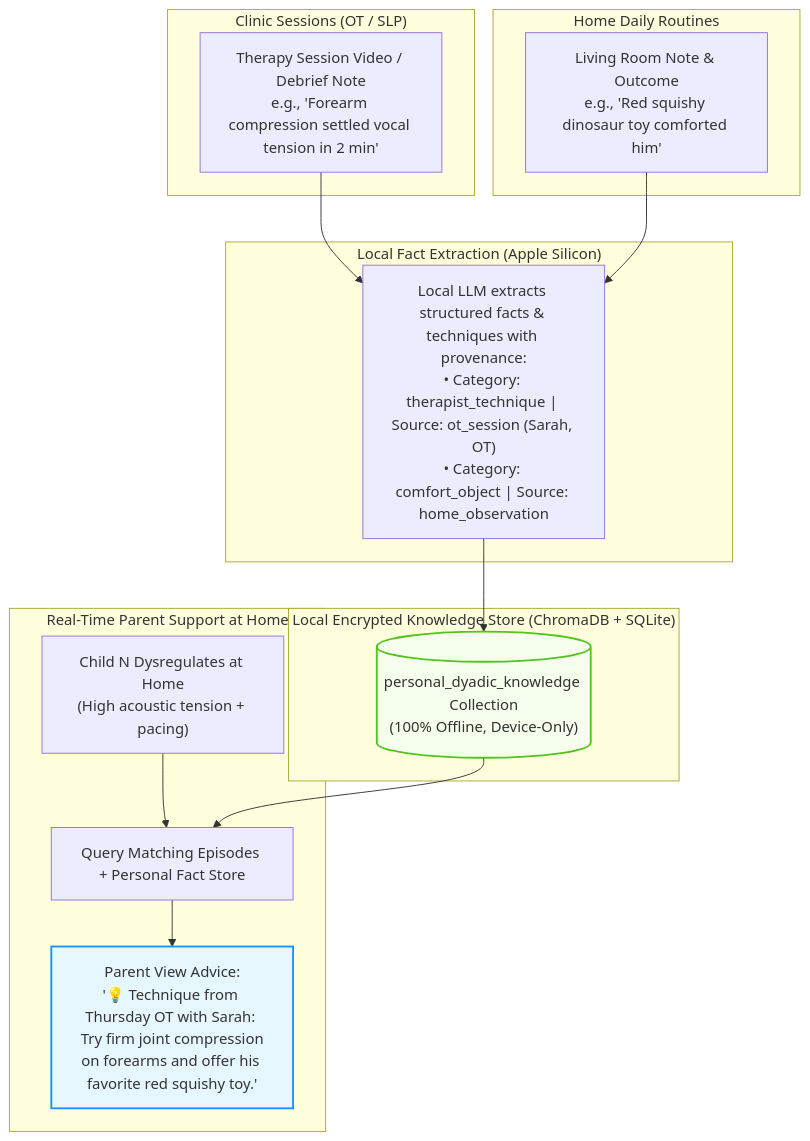
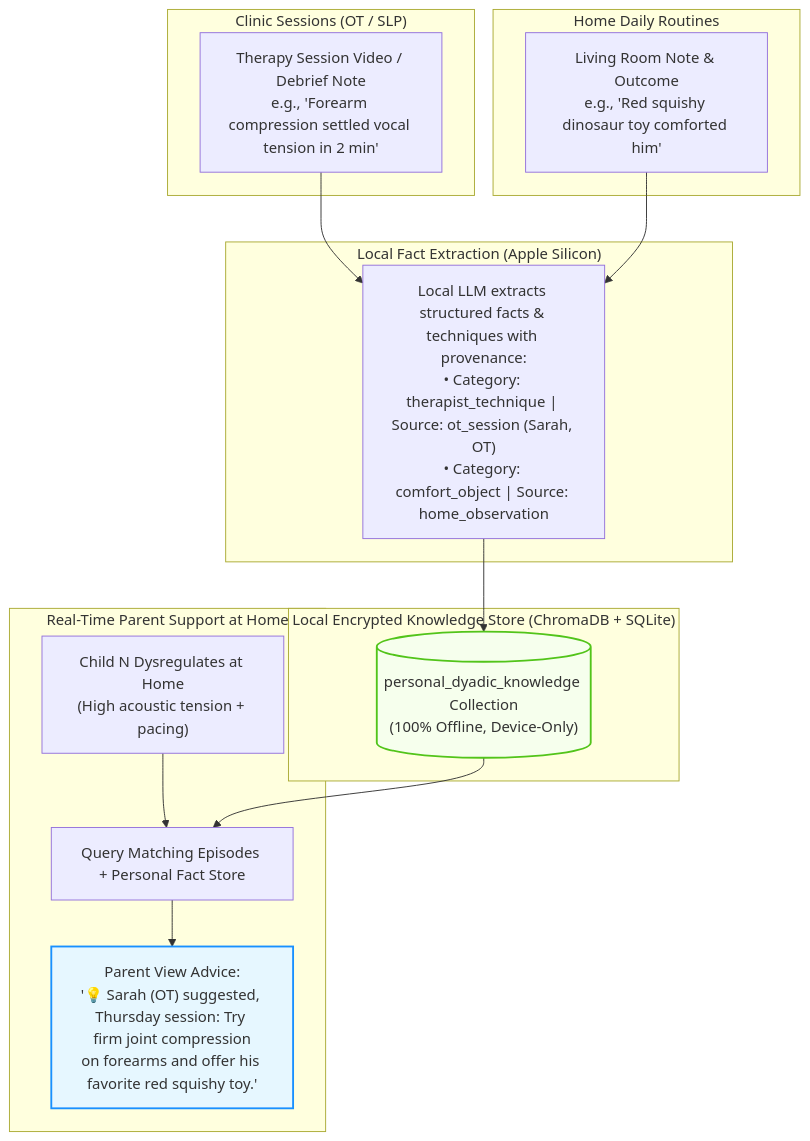
One commit to olostan/project_n changed the seventh of 8 diagrams in DESIGN.md. Above: the diagram before and after it, drawn with Mermaid. The commit also changed other lines of this file and 9 other files, not shown here.

````diff
--- a/DESIGN.md
+++ b/DESIGN.md
@@ -267,30 +267,30 @@
 ```mermaid
 graph TD
     subgraph ClinicInput ["Clinic Sessions (OT / SLP)"]
         OT_Clip["Therapy Session Video / Debrief Note<br/>e.g., 'Forearm compression settled vocal tension in 2 min'"]
     end
 
     subgraph HomeInput ["Home Daily Routines"]
         Parent_Clip["Living Room Note & Outcome<br/>e.g., 'Red squishy dinosaur toy comforted him'"]
     end
 
     subgraph Extraction ["Local Fact Extraction (Apple Silicon)"]
         Extract["Local LLM extracts structured facts & techniques with provenance:<br/>• Category: therapist_technique | Source: ot_session (Sarah, OT)<br/>• Category: comfort_object | Source: home_observation"]
     end
 
     subgraph Vault ["Local Encrypted Knowledge Store (ChromaDB + SQLite)"]
         Store[("personal_dyadic_knowledge Collection<br/>(100% Offline, Device-Only)")]
     end
 
     subgraph LivingRoomDelivery ["Real-Time Parent Support at Home"]
         NewEpisode["Child N Dysregulates at Home<br/>(High acoustic tension + pacing)"] --> QueryEngine["Query Matching Episodes + Personal Fact Store"]
         Store --> QueryEngine
-        QueryEngine --> ParentCard["Parent View Advice:<br/>'💡 Technique from Thursday OT with Sarah: Try firm joint compression<br/>on forearms and offer his favorite red squishy toy.'"]
+        QueryEngine --> ParentCard["Parent View Advice:<br/>'💡 Sarah (OT) suggested, Thursday session: Try firm joint compression<br/>on forearms and offer his favorite red squishy toy.'"]
     end
 
     OT_Clip & Parent_Clip --> Extract
     Extract --> Store
 
     style Store fill:#f6ffed,stroke:#52c41a,stroke-width:2px
     style ParentCard fill:#e6f7ff,stroke:#1890ff,stroke-width:2px
 ```
````
